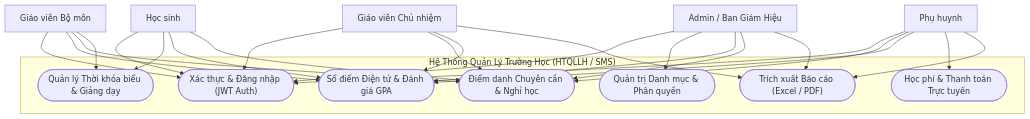
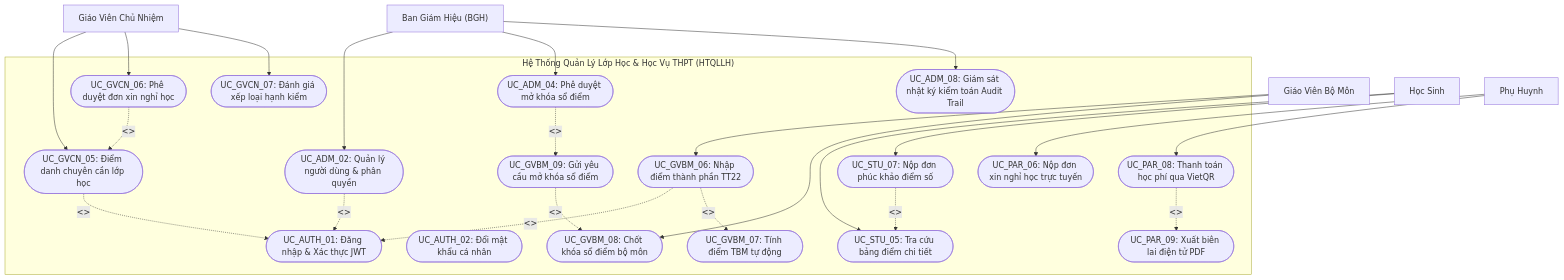
The second of 2 diagrams in USE_CASES.md (DYBInh2k5/Phat-Trien-Du-An-Phan-Mem), drawn with Mermaid before and after one commit. The commit also changed other lines of this file and 3 other files, not shown here.

Commit message:
docs: chuan hoa tai lieu USE_CASES va UML_DIAGRAMS theo tieu chuan ky nghe phan mem RUP Cockburn va OMG UML 2.5

````diff
--- a/USE_CASES.md
+++ b/USE_CASES.md
@@ -42,39 +234,69 @@
 ```mermaid
 graph TB
-    subgraph SystemBoundary ["Hệ Thống Quản Lý Trường Học (HTQLLH / SMS)"]
-        UC_AUTH(["Xác thực & Đăng nhập (JWT Auth)"])
-        UC_SCHEDULE(["Quản lý Thời khóa biểu & Giảng dạy"])
-        UC_GRADE(["Sổ điểm Điện tử & Đánh giá GPA"])
-        UC_ATTEND(["Điểm danh Chuyên cần & Nghỉ học"])
-        UC_TUITION(["Học phí & Thanh toán Trực tuyến"])
-        UC_REPORT(["Trích xuất Báo cáo (Excel / PDF)"])
-        UC_ADMIN(["Quản trị Danh mục & Phân quyền"])
+    subgraph SystemBoundary ["Hệ Thống Quản Lý Lớp Học & Học Vụ THPT (HTQLLH)"]
+        %% Core Shared Use Cases
+        UC_LOGIN(["UC_AUTH_01: Đăng nhập & Xác thực JWT"])
+        UC_PASS(["UC_AUTH_02: Đổi mật khẩu cá nhân"])
+
+        %% Subsystem Admin
+        UC_USER_MGT(["UC_ADM_02: Quản lý người dùng & phân quyền"])
+        UC_UNLOCK_GRADE(["UC_ADM_04: Phê duyệt mở khóa sổ điểm"])
+        UC_AUDIT(["UC_ADM_08: Giám sát nhật ký kiểm toán Audit Trail"])
+
+        %% Subsystem Subject Teacher
+        UC_INPUT_GRADE(["UC_GVBM_06: Nhập điểm thành phần TT22"])
+        UC_CALC_GRADE(["UC_GVBM_07: Tính điểm TBM tự động"])
+        UC_LOCK_GRADE(["UC_GVBM_08: Chốt khóa sổ điểm bộ môn"])
+        UC_REQ_UNLOCK(["UC_GVBM_09: Gửi yêu cầu mở khóa sổ điểm"])
+
+        %% Subsystem Homeroom Teacher
+        UC_ATTEND_DAILY(["UC_GVCN_05: Điểm danh chuyên cần lớp học"])
+        UC_APPROVE_LEAVE(["UC_GVCN_06: Phê duyệt đơn xin nghỉ học"])
+        UC_CONDUCT(["UC_GVCN_07: Đánh giá xếp loại hạnh kiểm"])
+
+        %% Subsystem Parent & Student
+        UC_VIEW_REPORT(["UC_STU_05: Tra cứu bảng điểm chi tiết"])
+        UC_APPEAL(["UC_STU_07: Nộp đơn phúc khảo điểm số"])
+        UC_SUBMIT_LEAVE(["UC_PAR_06: Nộp đơn xin nghỉ học trực tuyến"])
+        UC_PAY_TUITION(["UC_PAR_08: Thanh toán học phí qua VietQR"])
+        UC_EXPORT_RECEIPT(["UC_PAR_09: Xuất biên lai điện tử PDF"])
     end
 
-    Admin["Admin / Ban Giám Hiệu"] --> UC_AUTH
-    Admin --> UC_ADMIN
-    Admin --> UC_GRADE
-    Admin --> UC_ATTEND
-    Admin --> UC_REPORT
+    %% Actors
+    Admin["Ban Giám Hiệu (BGH)"]
+    GVCN["Giáo Viên Chủ Nhiệm"]
+    GVBM["Giáo Viên Bộ Môn"]
+    Student["Học Sinh"]
+    Parent["Phụ Huynh"]
 
-    GVCN["Giáo viên Chủ nhiệm"] --> UC_AUTH
-    GVCN --> UC_ATTEND
-    GVCN --> UC_GRADE
-    GVCN --> UC_REPORT
+    %% Actor Connections
+    Admin --> UC_USER_MGT
+    Admin --> UC_UNLOCK_GRADE
+    Admin --> UC_AUDIT
 
-    GVBM["Giáo viên Bộ môn"] --> UC_AUTH
-    GVBM --> UC_GRADE
-    GVBM --> UC_ATTEND
-    GVBM --> UC_SCHEDULE
+    GVBM --> UC_INPUT_GRADE
+    GVBM --> UC_LOCK_GRADE
 
-    Student["Học sinh"] --> UC_AUTH
-    Student --> UC_SCHEDULE
-    Student --> UC_GRADE
-    Student --> UC_ATTEND
+    GVCN --> UC_ATTEND_DAILY
+    GVCN --> UC_APPROVE_LEAVE
+    GVCN --> UC_CONDUCT
 
-    Parent["Phụ huynh"] --> UC_AUTH
-    Parent --> UC_ATTEND
-    Parent --> UC_GRADE
-    Parent --> UC_TUITION
-    Parent --> UC_REPORT
+    Student --> UC_VIEW_REPORT
+    Student --> UC_APPEAL
+
+    Parent --> UC_SUBMIT_LEAVE
+    Parent --> UC_PAY_TUITION
+
+    %% Include Relationships
+    UC_INPUT_GRADE -. "<<include>>" .-> UC_LOGIN
+    UC_INPUT_GRADE -. "<<include>>" .-> UC_CALC_GRADE
+    UC_ATTEND_DAILY -. "<<include>>" .-> UC_LOGIN
+    UC_USER_MGT -. "<<include>>" .-> UC_LOGIN
+    UC_PAY_TUITION -. "<<include>>" .-> UC_EXPORT_RECEIPT
+    UC_APPROVE_LEAVE -. "<<include>>" .-> UC_ATTEND_DAILY
+
+    %% Extend Relationships
+    UC_APPEAL -. "<<extend>>" .-> UC_VIEW_REPORT
+    UC_REQ_UNLOCK -. "<<extend>>" .-> UC_LOCK_GRADE
+    UC_UNLOCK_GRADE -. "<<extend>>" .-> UC_REQ_UNLOCK
 ```
````
